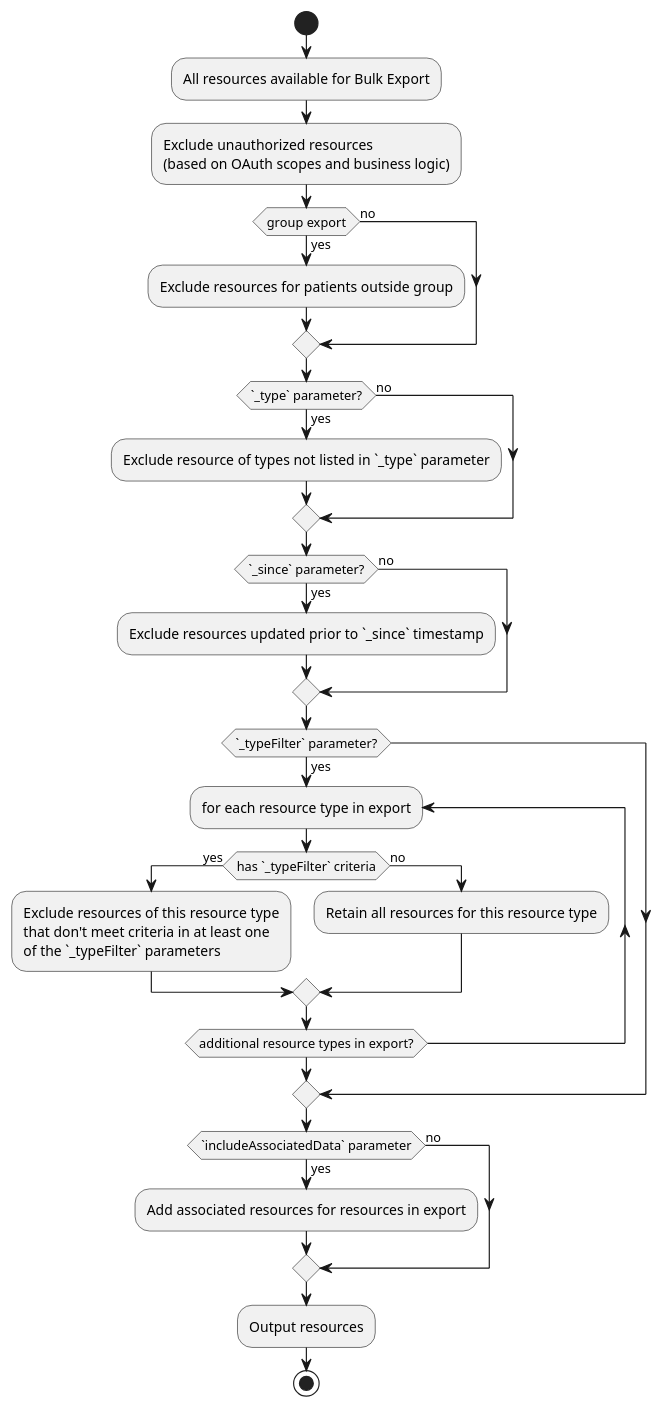
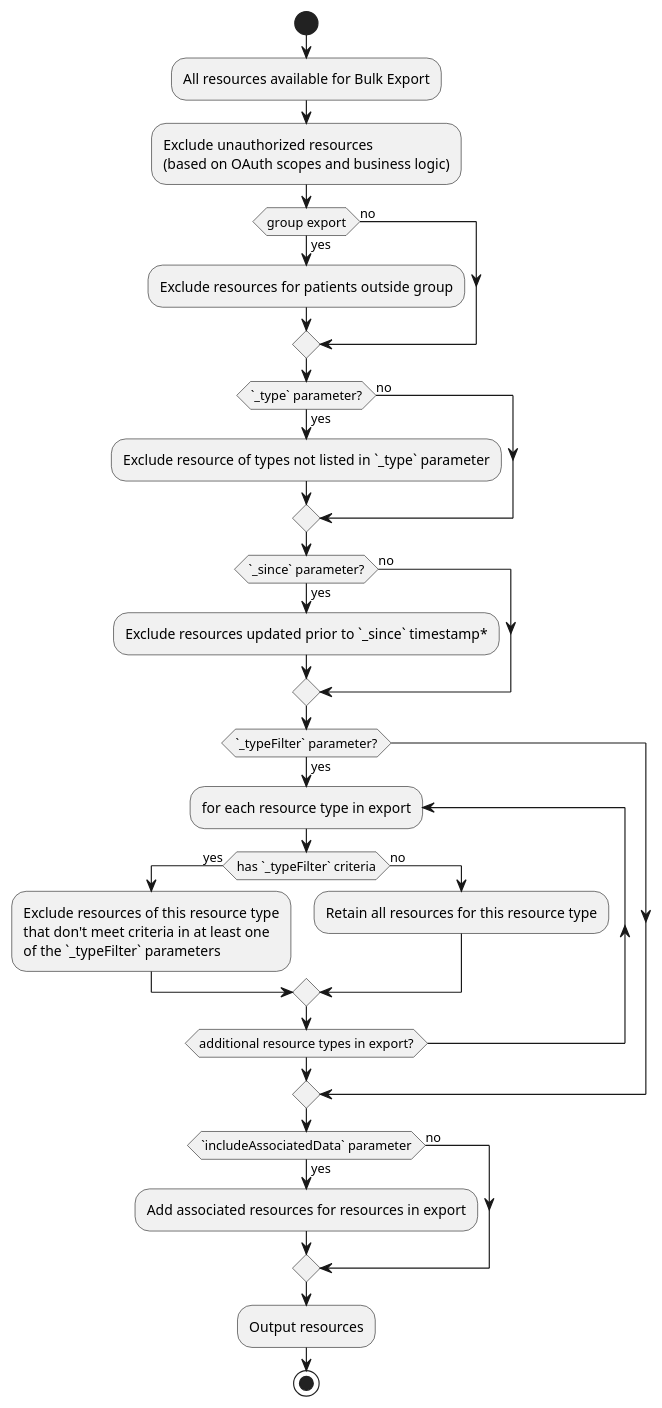
The diagram in input/images-source/processing-model.plantuml (HL7/bulk-data), drawn with PlantUML before and after one commit. The commit also changed 1 other file, not shown here.

Commit message:
Add _since note to processing model

```diff
--- a/input/images-source/processing-model.plantuml
+++ b/input/images-source/processing-model.plantuml
@@ -1,35 +1,35 @@
 @startuml
 start
 :All resources available for Bulk Export;
 :Exclude unauthorized resources
 (based on OAuth scopes and business logic);
 if (group export) then (yes)
   :Exclude resources for patients outside group;
 else (no)
 endif
 if (`_type` parameter?) then (yes)
   :Exclude resource of types not listed in `_type` parameter;
 else (no)
 endif
 if (`_since` parameter?) then (yes)
-  :Exclude resources updated prior to `_since` timestamp;
+  :Exclude resources updated prior to `_since` timestamp*;
 else (no)
 endif
 if (`_typeFilter` parameter?) then (yes)
   repeat :for each resource type in export;
   if (has `_typeFilter` criteria) then (yes)
     :Exclude resources of this resource type 
     that don't meet criteria in at least one 
     of the `_typeFilter` parameters;
   else (no)
     :Retain all resources for this resource type;
   endif
   repeat while (additional resource types in export?);
 endif
 if (`includeAssociatedData` parameter) then (yes)
   :Add associated resources for resources in export;
 else (no)
 endif
 :Output resources;
 stop
 @enduml
```
